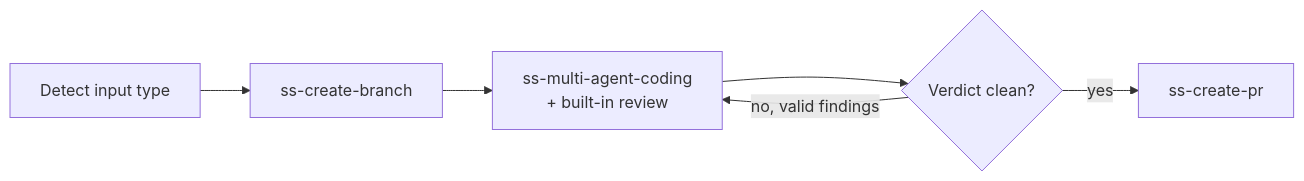
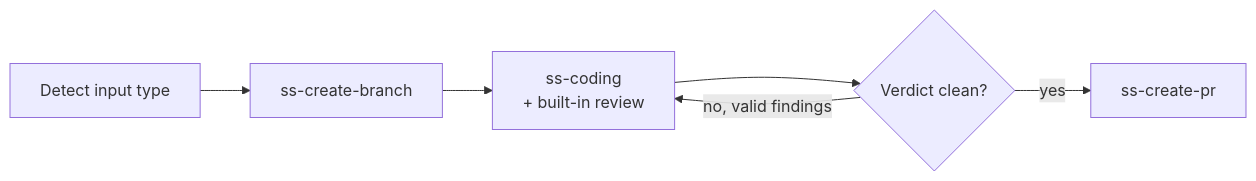
The third of 3 diagrams in docs/workflows.md (lbk-open/super-spec), drawn with Mermaid before and after one commit. The commit also changed other lines of this file and 26 other files, not shown here.

````diff
--- a/docs/workflows.md
+++ b/docs/workflows.md
@@ -73,8 +73,8 @@
 ```mermaid
 flowchart LR
     A[Detect input type] --> B[ss-create-branch]
-    B --> C[ss-multi-agent-coding<br/>+ built-in review]
+    B --> C[ss-coding<br/>+ built-in review]
     C --> D{Verdict clean?}
     D -->|no, valid findings| C
     D -->|yes| E[ss-create-pr]
 ```
````
